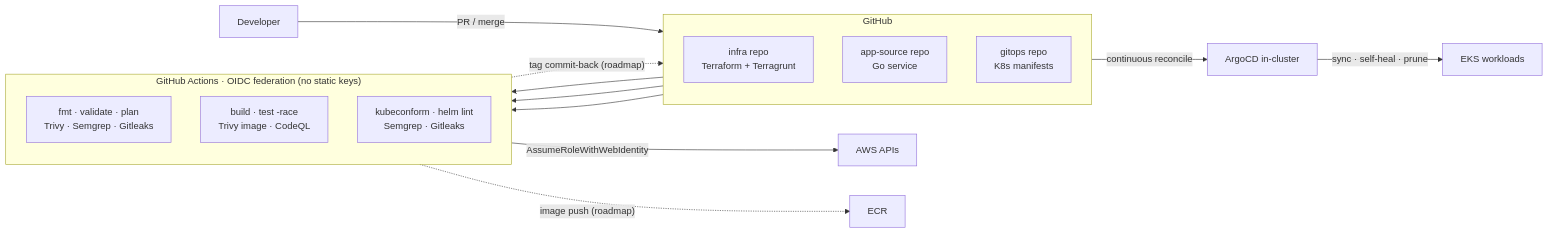
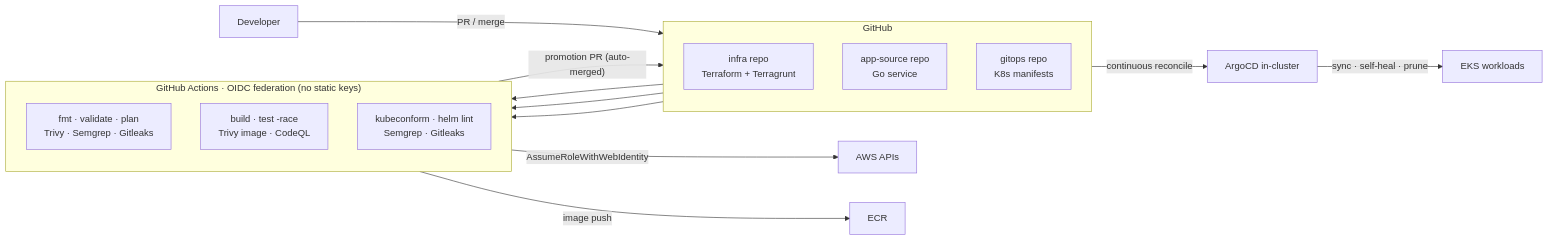
One commit to RamiroCuenca/eks-production-platform changed the second of 2 diagrams in README.md. Above: the diagram before and after it, drawn with Mermaid. The commit also changed other lines of this file and 4 other files, not shown here.

````diff
--- a/README.md
+++ b/README.md
@@ -80,22 +80,22 @@
 ```mermaid
 flowchart LR
     DEV["Developer"] -->|"PR / merge"| GH
     subgraph GH["GitHub"]
         direction TB
         INFRA["infra repo<br/>Terraform + Terragrunt"]
         APPSRC["app-source repo<br/>Go service"]
         GITOPS["gitops repo<br/>K8s manifests"]
     end
     subgraph CI["GitHub Actions · OIDC federation (no static keys)"]
         direction TB
         TFCI["fmt · validate · plan<br/>Trivy · Semgrep · Gitleaks"]
         APPCI["build · test -race<br/>Trivy image · CodeQL"]
         MANCI["kubeconform · helm lint<br/>Semgrep · Gitleaks"]
     end
     INFRA --> TFCI -->|"AssumeRoleWithWebIdentity"| AWSAPI["AWS APIs"]
-    APPSRC --> APPCI -.->|"image push (roadmap)"| ECR["ECR"]
-    APPCI -.->|"tag commit-back (roadmap)"| GITOPS
+    APPSRC --> APPCI -->|"image push"| ECR["ECR"]
+    APPCI -->|"promotion PR (auto-merged)"| GITOPS
     GITOPS --> MANCI
     GITOPS -->|"continuous reconcile"| ARGOCD["ArgoCD in-cluster"]
     ARGOCD -->|"sync · self-heal · prune"| K8S["EKS workloads"]
 ```
````
